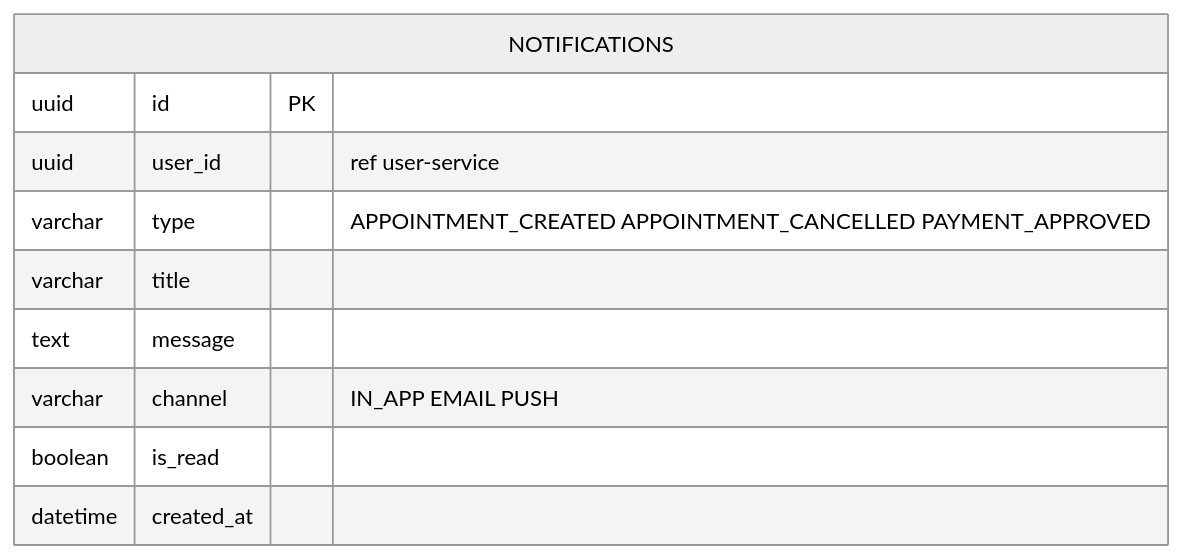
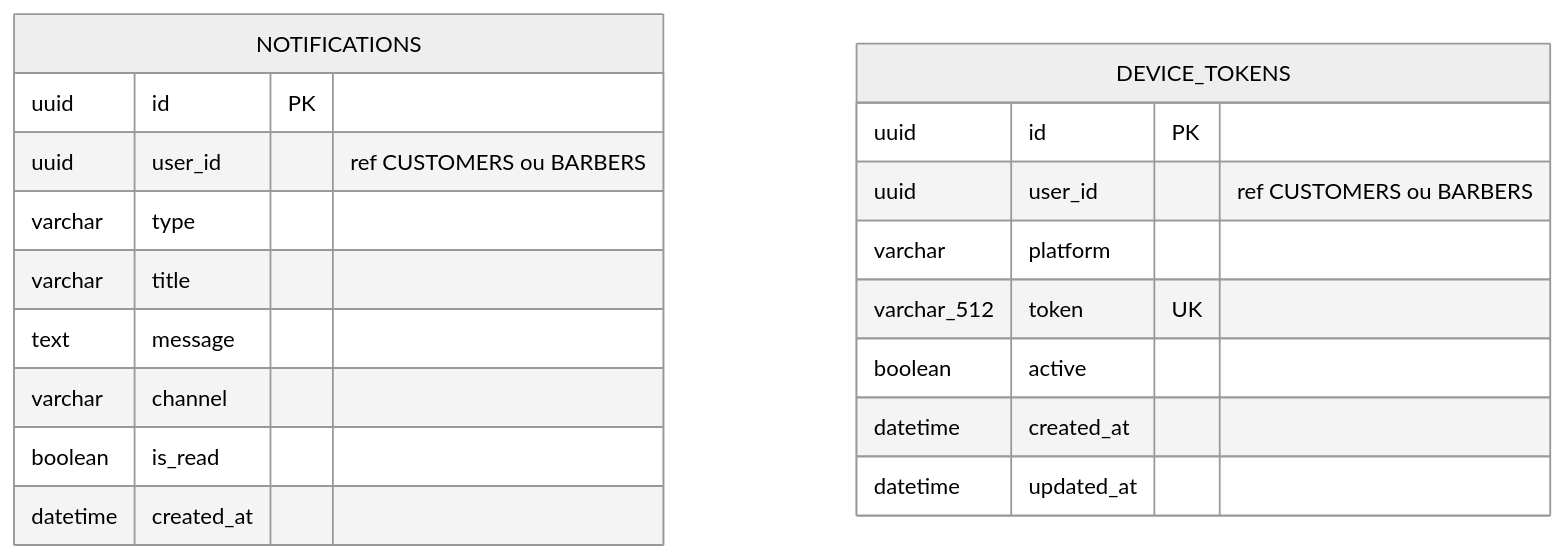
Before and after one commit to Luis-Barbershop/Arquitetura_completa: the sixth of 6 diagrams in documentacao/der.md, drawn with Mermaid (neutral theme). The commit also changed other lines of this file and 4 other files, not shown here.

````diff
--- a/documentacao/der.md
+++ b/documentacao/der.md
@@ -219,13 +308,23 @@
 ```mermaid
 erDiagram
     NOTIFICATIONS {
         uuid id PK
-        uuid user_id "ref user-service"
-        varchar type "APPOINTMENT_CREATED APPOINTMENT_CANCELLED PAYMENT_APPROVED"
+        uuid user_id "ref CUSTOMERS ou BARBERS"
+        varchar type
         varchar title
         text message
-        varchar channel "IN_APP EMAIL PUSH"
+        varchar channel
         boolean is_read
         datetime created_at
     }
+
+    DEVICE_TOKENS {
+        uuid id PK
+        uuid user_id "ref CUSTOMERS ou BARBERS"
+        varchar platform
+        varchar_512 token UK
+        boolean active
+        datetime created_at
+        datetime updated_at
+    }
 ```
````
